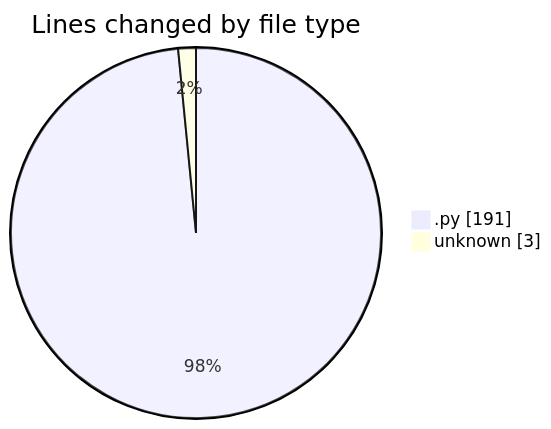
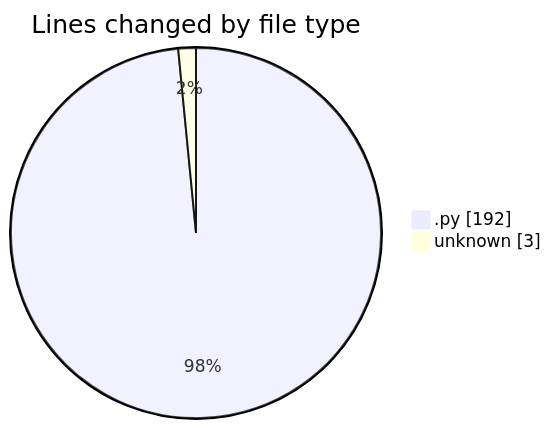
Before and after one commit to CELIANVF/code-tracking: the first of 2 diagrams in 2025-01-21/monteur_automatique/README.md, drawn with Mermaid. The commit also changed other lines of this file and 1 other file, not shown here.

````diff
--- a/2025-01-21/monteur_automatique/README.md
+++ b/2025-01-21/monteur_automatique/README.md
@@ -23,6 +23,6 @@
 ```mermaid
 pie showData
 title Lines changed by file type
-".py" : 191
+".py" : 192
 "unknown" : 3
 ```
````
